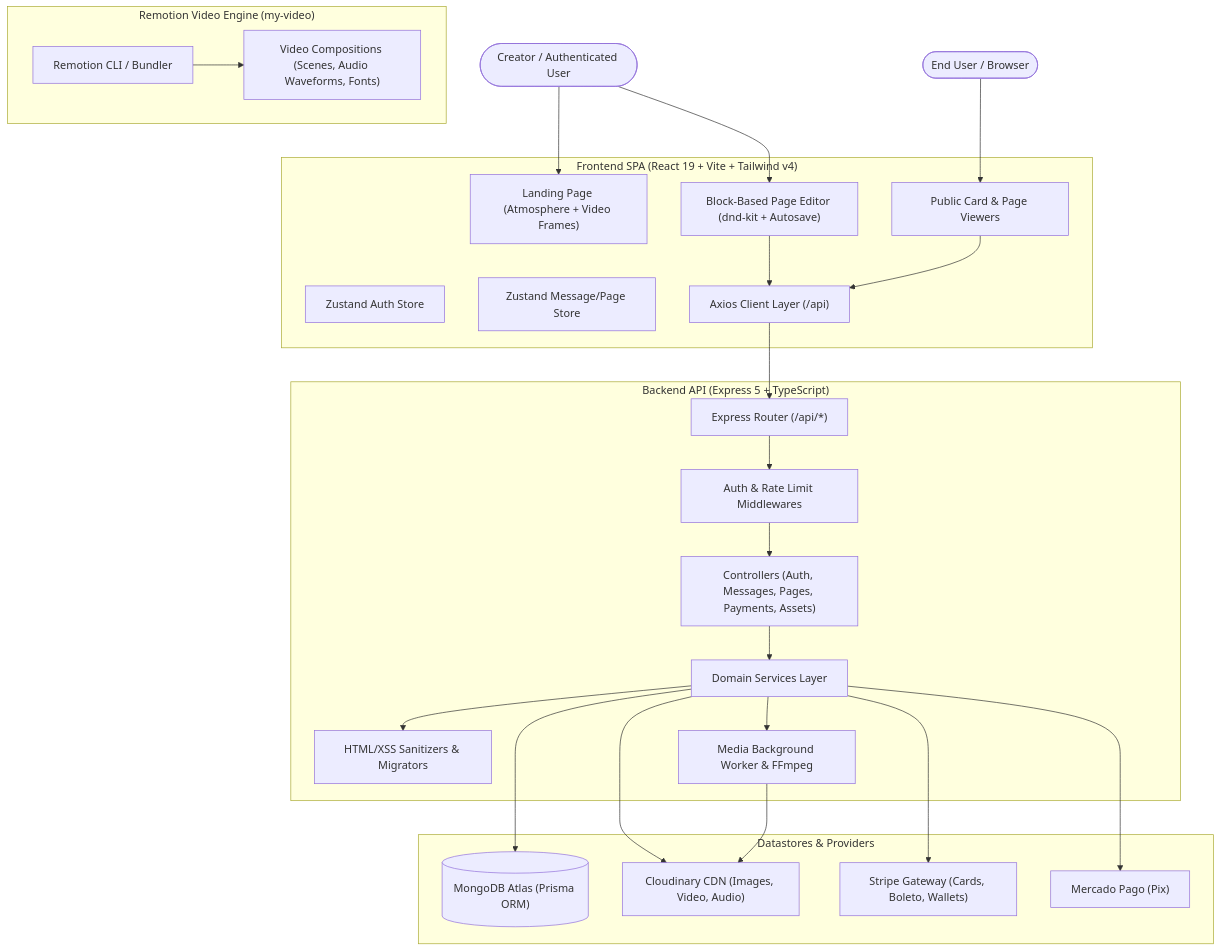
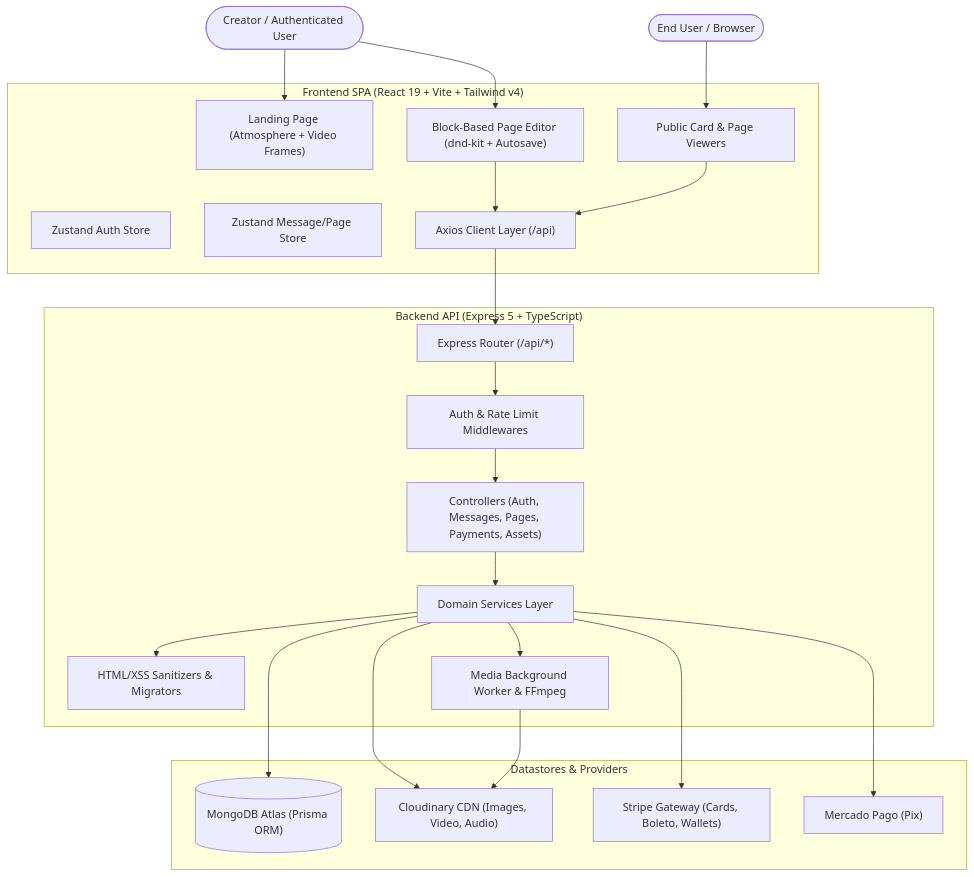
The first of 2 diagrams in ARCHITECTURE.md (thisux1/correioelegante3), drawn with Mermaid before and after one commit. The commit also changed other lines of this file and 33 other files, not shown here.

First line of the commit message:
chore: remove my-video (Remotion) app and its CI pipeline

````diff
--- a/ARCHITECTURE.md
+++ b/ARCHITECTURE.md
@@ -10,53 +10,47 @@
 ```mermaid
 graph TD
     User([End User / Browser])
     Admin([Creator / Authenticated User])
 
     subgraph Frontend["Frontend SPA (React 19 + Vite + Tailwind v4)"]
         Landing["Landing Page (Atmosphere + Video Frames)"]
         Editor["Block-Based Page Editor (dnd-kit + Autosave)"]
         Viewer["Public Card & Page Viewers"]
         AuthStore["Zustand Auth Store"]
         MessageStore["Zustand Message/Page Store"]
         AxiosClient["Axios Client Layer (/api)"]
     end
 
     subgraph Backend["Backend API (Express 5 + TypeScript)"]
         Router["Express Router (/api/*)"]
         AuthMid["Auth & Rate Limit Middlewares"]
         Controllers["Controllers (Auth, Messages, Pages, Payments, Assets)"]
         Services["Domain Services Layer"]
         Sanitizer["HTML/XSS Sanitizers & Migrators"]
         Worker["Media Background Worker & FFmpeg"]
     end
 
     subgraph Storage["Datastores & Providers"]
         MongoDB[("MongoDB Atlas (Prisma ORM)")]
         Cloudinary["Cloudinary CDN (Images, Video, Audio)"]
         Stripe["Stripe Gateway (Cards, Boleto, Wallets)"]
         MercadoPago["Mercado Pago (Pix)"]
     end
 
-    subgraph VideoEngine["Remotion Video Engine (my-video)"]
-        RemotionCLI["Remotion CLI / Bundler"]
-        Compositions["Video Compositions (Scenes, Audio Waveforms, Fonts)"]
-    end
-
     User --> Viewer
     Admin --> Landing
     Admin --> Editor
     Editor --> AxiosClient
     Viewer --> AxiosClient
     AxiosClient --> Router
     Router --> AuthMid
     AuthMid --> Controllers
     Controllers --> Services
     Services --> Sanitizer
     Services --> MongoDB
     Services --> Cloudinary
     Services --> Stripe
     Services --> MercadoPago
     Services --> Worker
     Worker --> Cloudinary
-    RemotionCLI --> Compositions
 ```
````
